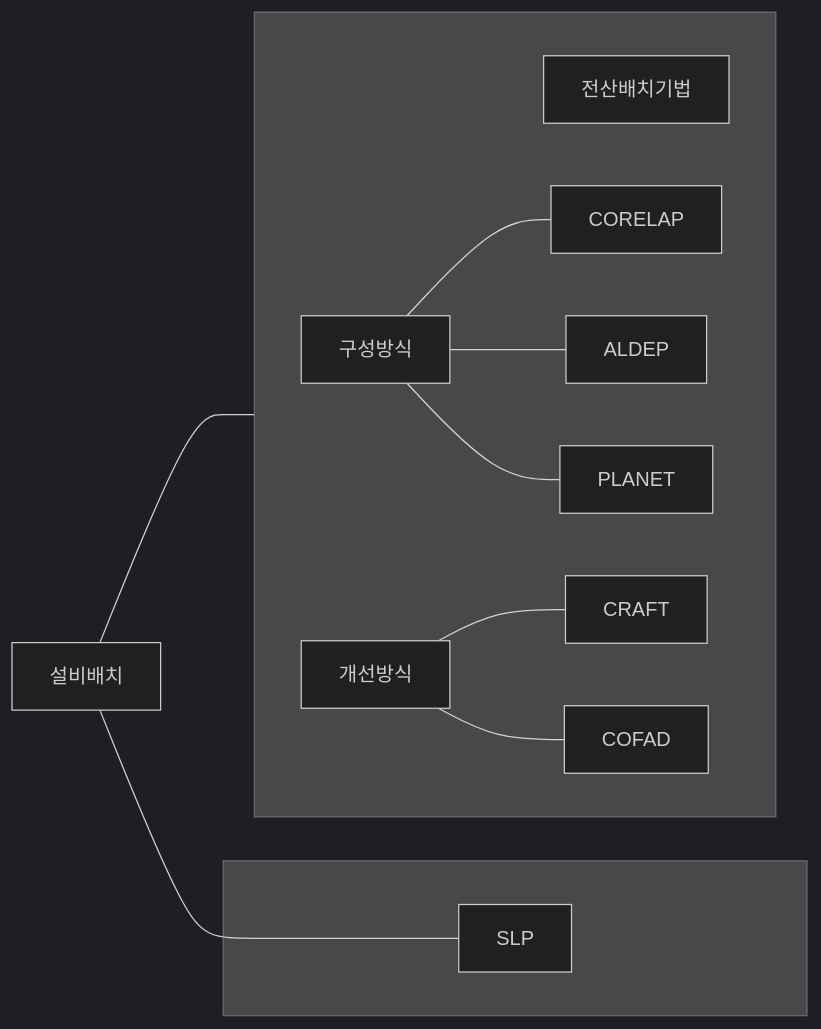
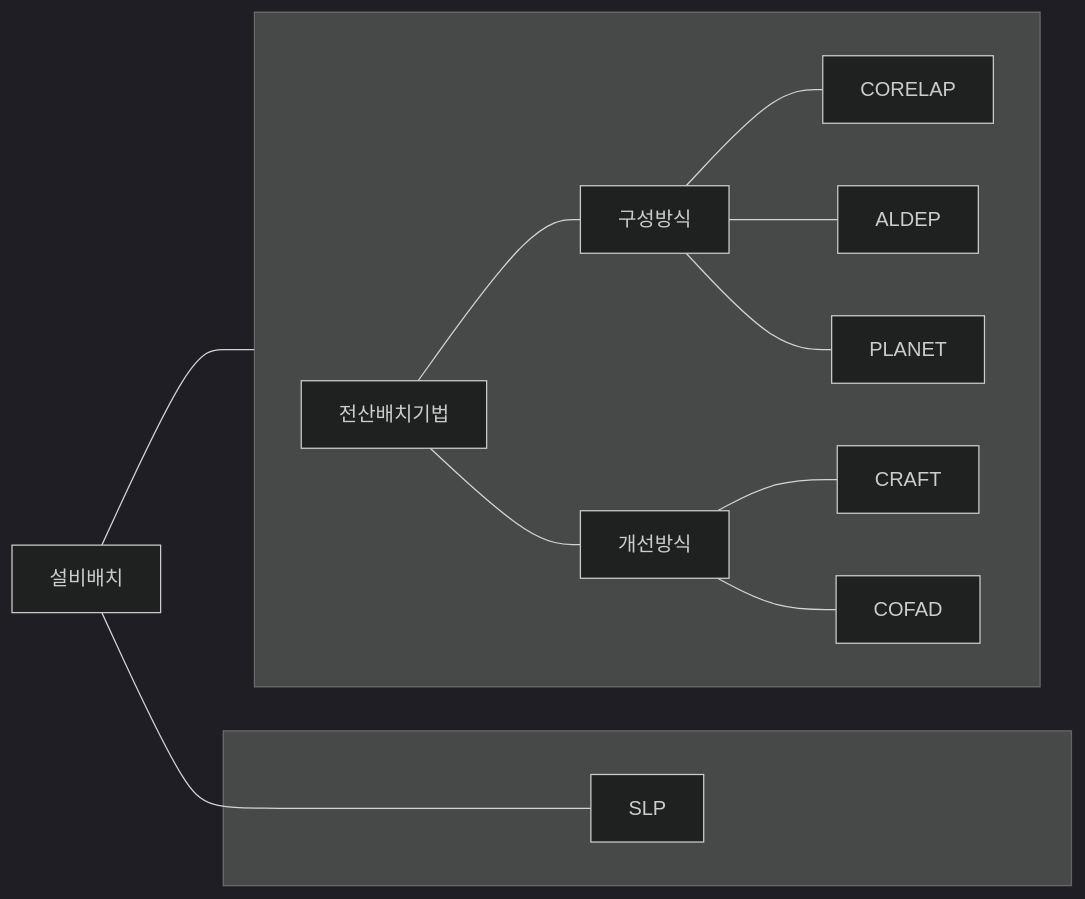
Before and after one commit to yeonkyupark/PEPC: the third of 3 diagrams in 1-2. 생산구조와 방식(Layout).qmd, drawn with Mermaid (dark theme). The commit also changed other lines of this file, not shown here.

````diff
--- a/1-2. 생산구조와 방식(Layout).qmd
+++ b/1-2. 생산구조와 방식(Layout).qmd
@@ -225,15 +225,16 @@
 ```{mermaid}
 flowchart LR
 subgraph slp[" "]
 SLP
 end
 
 subgraph clp["  "]
 direction LR
 20[전산배치기법]
 21[구성방식] --- CORELAP & ALDEP & PLANET
 22[개선방식] --- CRAFT & COFAD
+20 --- 21 & 22
 end 
 
 설비배치 --- SLP & 20
 ``` 
````
